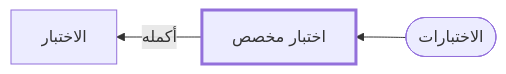
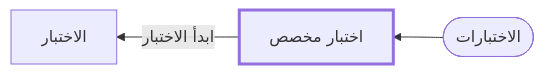
One commit to msskzx/namaq changed the diagram in docs/feature-map/quiz-solo.md. Above: the diagram before and after it, drawn with Mermaid. The commit also changed other lines of this file and 24 other files, not shown here.

````diff
--- a/docs/feature-map/quiz-solo.md
+++ b/docs/feature-map/quiz-solo.md
@@ -5,7 +5,7 @@
 ```mermaid
 flowchart RL
   me["اختبار مخصص"]
   style me stroke-width:3px
   in0(["الاختبارات"]) --> me
-  me -- "أكمله" --> out0["الاختبار"]
+  me -- "ابدأ الاختبار" --> out0["الاختبار"]
 ```
````
